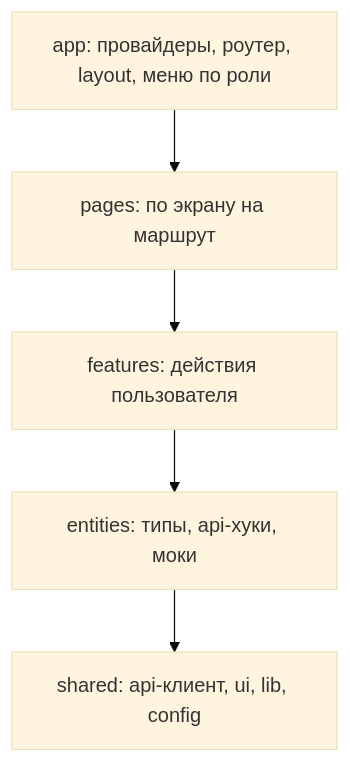
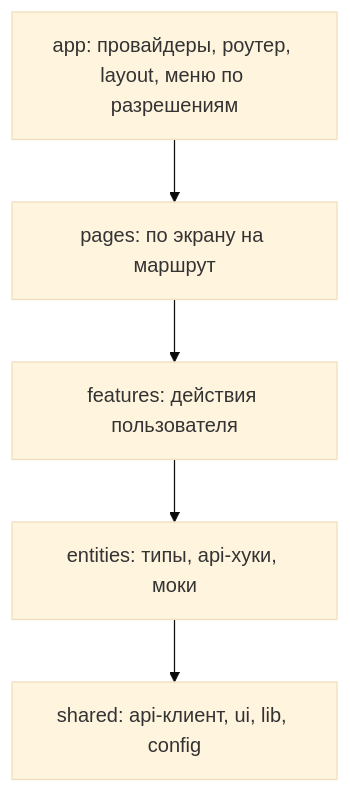
One commit to MangriMen/UCRP changed the fourth of 5 diagrams in docs/design/12-c4.md. Above: the diagram before and after it, drawn with Mermaid (base theme). The commit also changed other lines of this file and 13 other files, not shown here.

````diff
--- a/docs/design/12-c4.md
+++ b/docs/design/12-c4.md
@@ -100,9 +100,9 @@
 ```mermaid
 flowchart TB
-  APP["app: провайдеры, роутер, layout, меню по роли"]
+  APP["app: провайдеры, роутер, layout, меню по разрешениям"]
   PG["pages: по экрану на маршрут"]
   FT["features: действия пользователя"]
   EN["entities: типы, api-хуки, моки"]
   SH["shared: api-клиент, ui, lib, config"]
   APP --> PG --> FT --> EN --> SH
 ```
````
